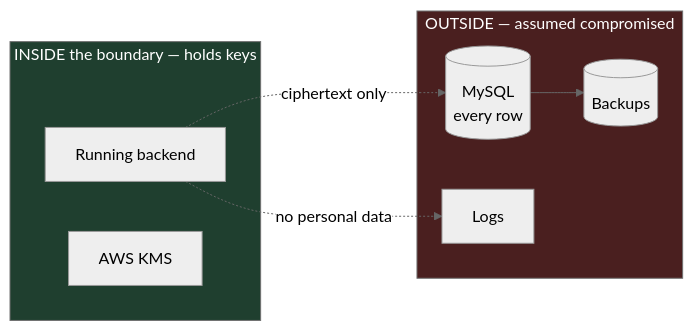
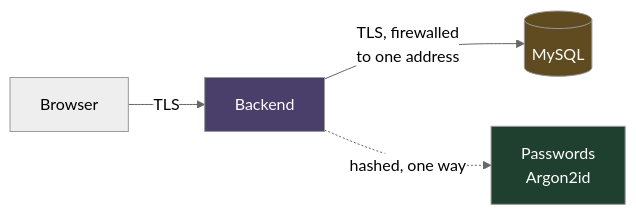
Before and after one commit to alvarexander/ai-dungeon-master: the fourth of 7 diagrams in ARCHITECTURE.md, drawn with Mermaid (neutral theme). The commit also changed other lines of this file and 77 other files, not shown here.

````diff
--- a/ARCHITECTURE.md
+++ b/ARCHITECTURE.md
@@ -187,19 +175,10 @@
 ```mermaid
 graph LR
-    subgraph inside["INSIDE the boundary — holds keys"]
-        APP["Running backend"]
-        KMS["AWS KMS"]
-    end
-    subgraph outside["OUTSIDE — assumed compromised"]
-        DB[("MySQL<br/>every row")]
-        BK[("Backups")]
-        LOG["Logs"]
-    end
+    NG["Browser"] -->|"TLS"| API["Backend"]
+    API -->|"TLS, firewalled<br/>to one address"| DB[("MySQL")]
+    API -.->|"hashed, one way"| PW["Passwords<br/>Argon2id"]
 
-    APP -.->|"ciphertext only"| DB
-    APP -.->|"no personal data"| LOG
-    DB --> BK
-
-    style inside fill:#1f3f2f,color:#fff
-    style outside fill:#4a1f1f,color:#fff
+    style API fill:#4a3f6b,color:#fff
+    style PW fill:#1f3f2f,color:#fff
+    style DB fill:#5f4b1f,color:#fff
 ```
````
